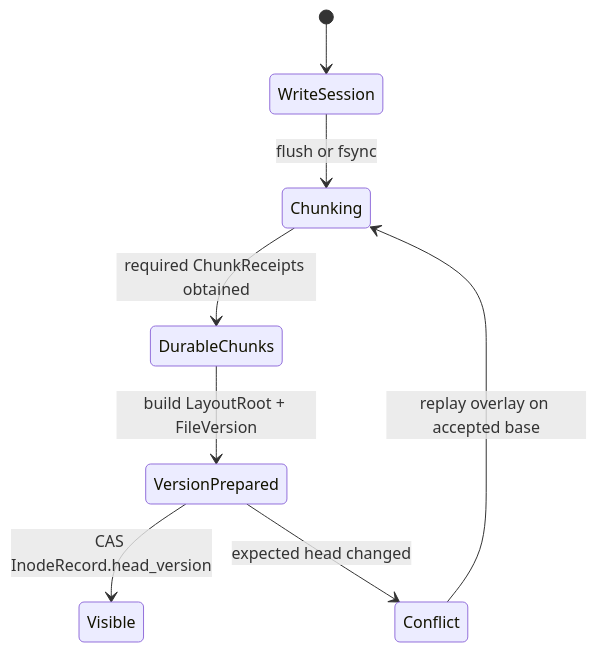
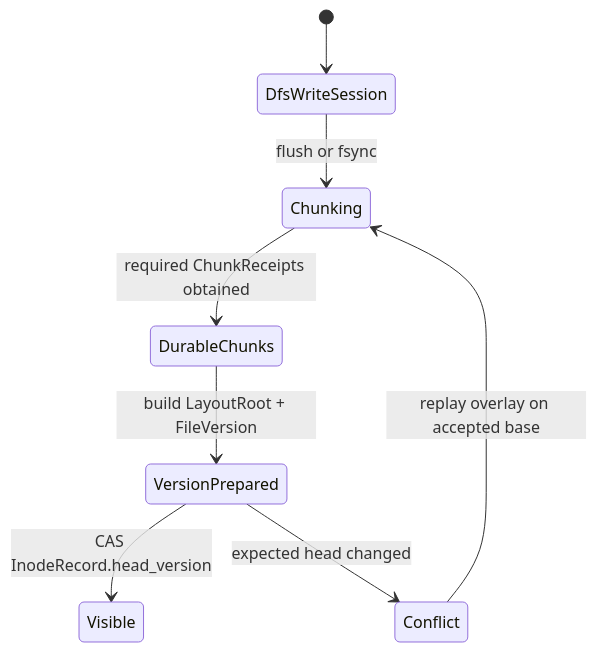
Before and after one commit to lelezi257/dms: the second of 2 diagrams in docs/rfcs/0002-file-version-chunk-model.md, drawn with Mermaid. The commit also changed other lines of this file and 11 other files, not shown here.

````diff
--- a/docs/rfcs/0002-file-version-chunk-model.md
+++ b/docs/rfcs/0002-file-version-chunk-model.md
@@ -158,10 +159,10 @@
 ```mermaid
 stateDiagram-v2
-    [*] --> WriteSession
-    WriteSession --> Chunking: flush or fsync
+    [*] --> DfsWriteSession
+    DfsWriteSession --> Chunking: flush or fsync
     Chunking --> DurableChunks: required ChunkReceipts obtained
     DurableChunks --> VersionPrepared: build LayoutRoot + FileVersion
     VersionPrepared --> Visible: CAS InodeRecord.head_version
     VersionPrepared --> Conflict: expected head changed
     Conflict --> Chunking: replay overlay on accepted base
 ```
````
